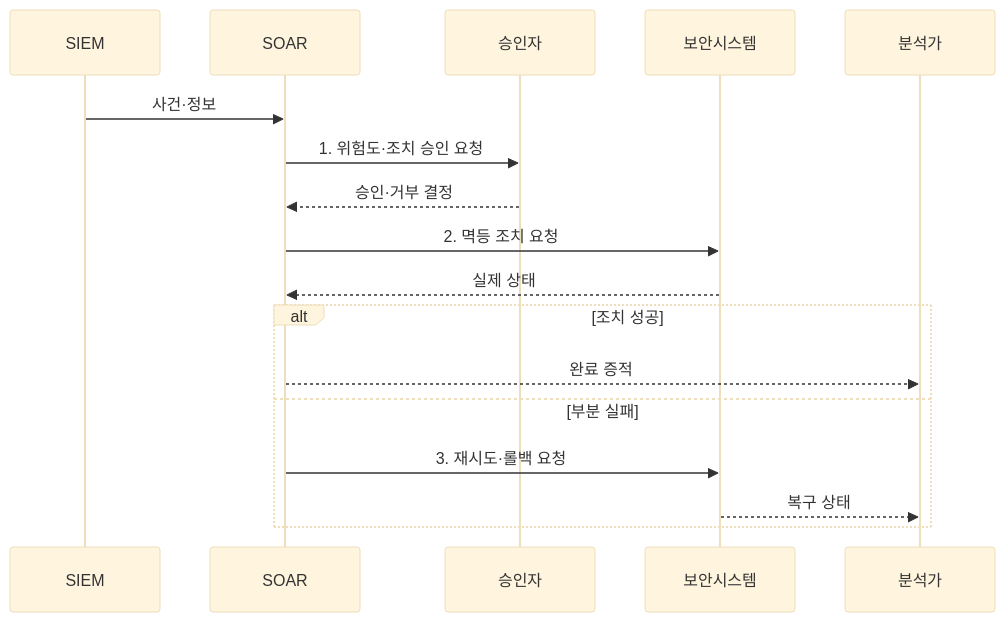
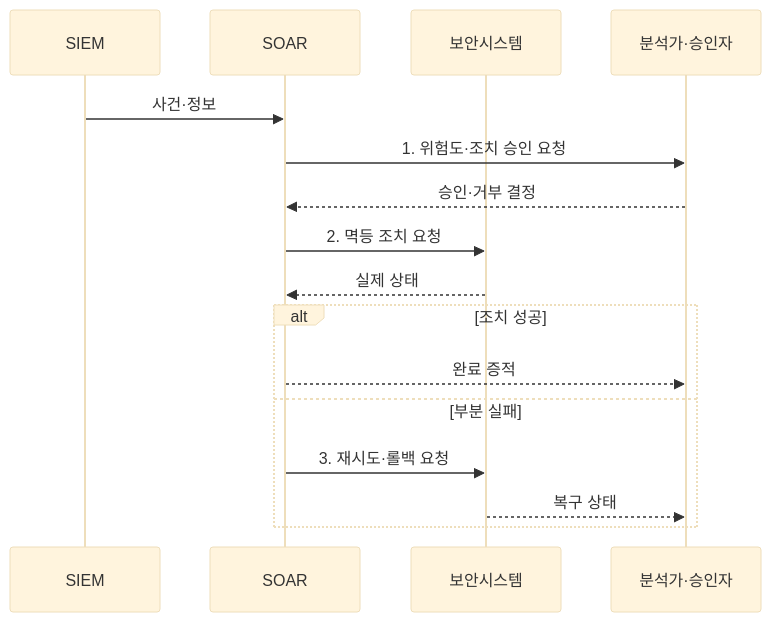
Before and after one commit to agnusdei1207/knowledge-base: the second of 2 diagrams in src/content/docs/notes/05-security/036_soar.md, drawn with Mermaid (base theme). The commit also changed 8 other files, not shown here.

````diff
--- a/src/content/docs/notes/05-security/036_soar.md
+++ b/src/content/docs/notes/05-security/036_soar.md
@@ -104,19 +104,18 @@
 ```mermaid
 sequenceDiagram
     participant SIEM
     participant SOAR
-    participant 승인자
     participant 보안시스템
-    participant 분석가
+    participant 분석가 as 분석가·승인자
     SIEM->>SOAR: 사건·정보
-    SOAR->>승인자: 1. 위험도·조치 승인 요청
-    승인자-->>SOAR: 승인·거부 결정
+    SOAR->>분석가: 1. 위험도·조치 승인 요청
+    분석가-->>SOAR: 승인·거부 결정
     SOAR->>보안시스템: 2. 멱등 조치 요청
     보안시스템-->>SOAR: 실제 상태
     alt 조치 성공
         SOAR-->>분석가: 완료 증적
     else 부분 실패
         SOAR->>보안시스템: 3. 재시도·롤백 요청
         보안시스템-->>분석가: 복구 상태
     end
 ```
````
